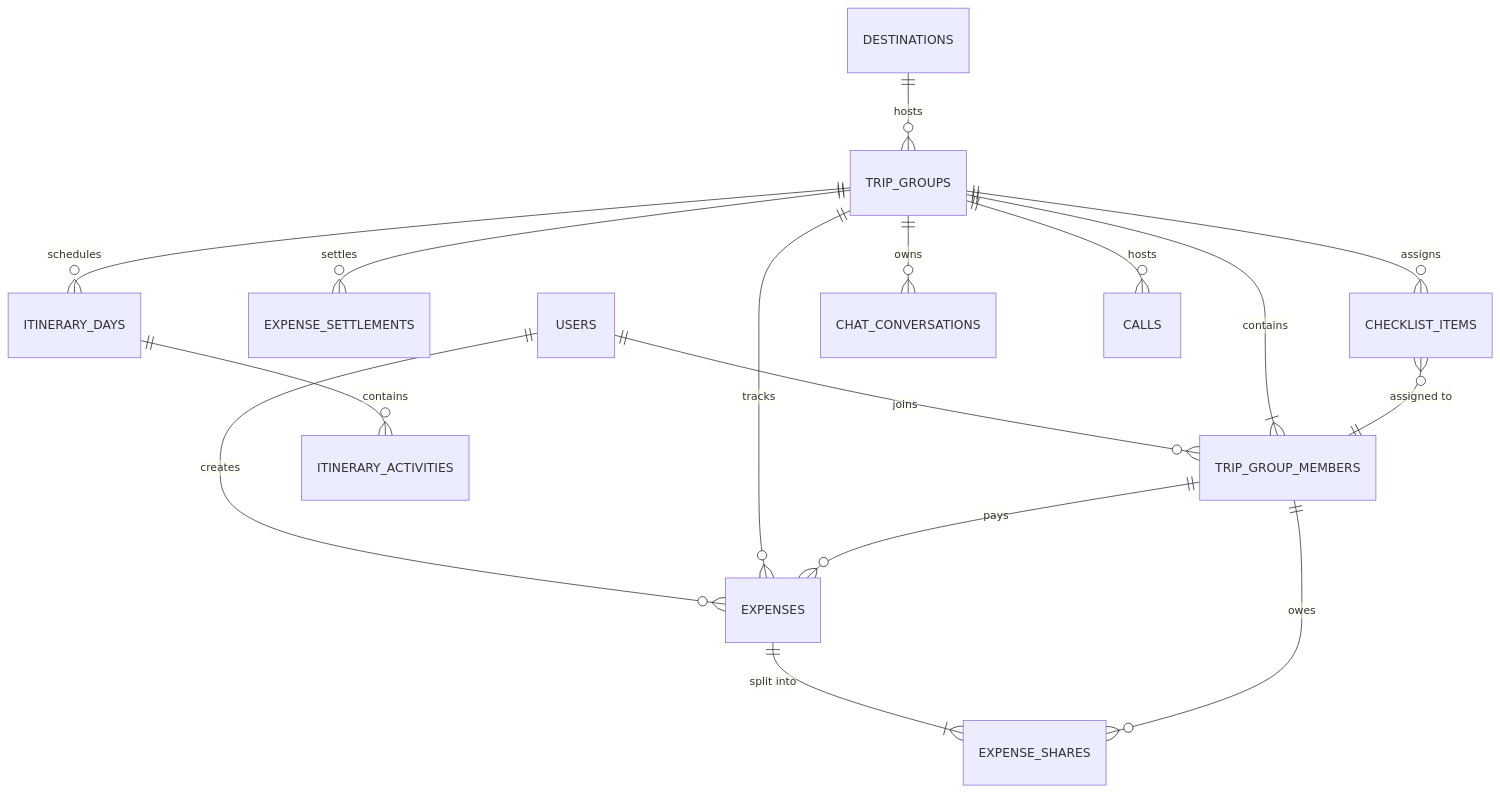
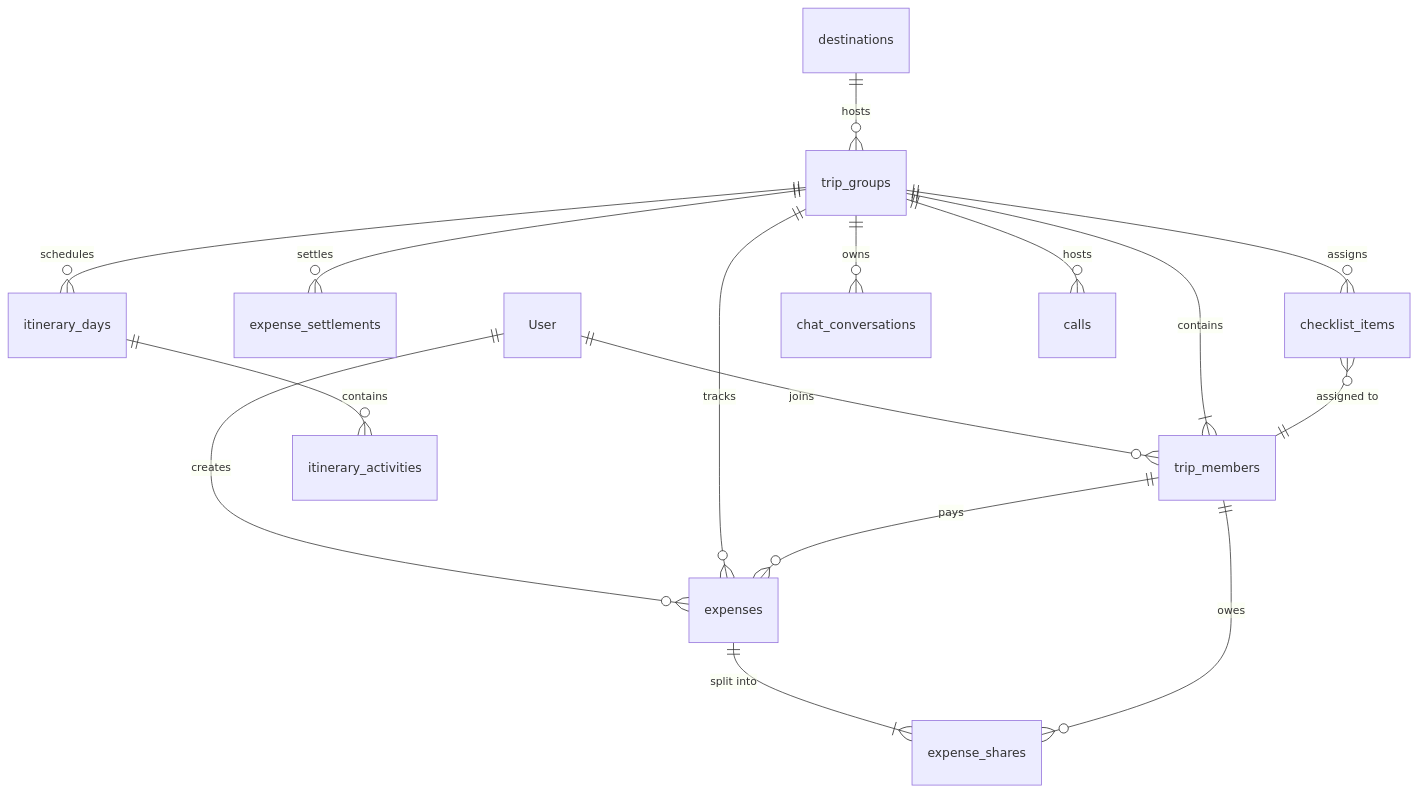
One commit to Nasif284/Kafla-server changed the fifth of 6 diagrams in README.md. Above: the diagram before and after it, drawn with Mermaid. The commit also changed other lines of this file, not shown here.

````diff
--- a/README.md
+++ b/README.md
@@ -231,21 +214,21 @@
 ```mermaid
 erDiagram
-    USERS ||--o{ TRIP_GROUP_MEMBERS : "joins"
-    USERS ||--o{ EXPENSES : "creates"
-    DESTINATIONS ||--o{ TRIP_GROUPS : "hosts"
+    User ||--o{ trip_members : "joins"
+    User ||--o{ expenses : "creates"
+    destinations ||--o{ trip_groups : "hosts"
     
-    TRIP_GROUPS ||--|{ TRIP_GROUP_MEMBERS : "contains"
-    TRIP_GROUPS ||--o{ EXPENSES : "tracks"
-    TRIP_GROUPS ||--o{ EXPENSE_SETTLEMENTS : "settles"
-    TRIP_GROUPS ||--o{ ITINERARY_DAYS : "schedules"
-    TRIP_GROUPS ||--o{ CHECKLIST_ITEMS : "assigns"
-    TRIP_GROUPS ||--o{ CHAT_CONVERSATIONS : "owns"
-    TRIP_GROUPS ||--o{ CALLS : "hosts"
+    trip_groups ||--|{ trip_members : "contains"
+    trip_groups ||--o{ expenses : "tracks"
+    trip_groups ||--o{ expense_settlements : "settles"
+    trip_groups ||--o{ itinerary_days : "schedules"
+    trip_groups ||--o{ checklist_items : "assigns"
+    trip_groups ||--o{ chat_conversations : "owns"
+    trip_groups ||--o{ calls : "hosts"
 
-    EXPENSES ||--|{ EXPENSE_SHARES : "split into"
-    TRIP_GROUP_MEMBERS ||--o{ EXPENSE_SHARES : "owes"
-    TRIP_GROUP_MEMBERS ||--o{ EXPENSES : "pays"
+    expenses ||--|{ expense_shares : "split into"
+    trip_members ||--o{ expense_shares : "owes"
+    trip_members ||--o{ expenses : "pays"
     
-    ITINERARY_DAYS ||--o{ ITINERARY_ACTIVITIES : "contains"
-    CHECKLIST_ITEMS }o--|| TRIP_GROUP_MEMBERS : "assigned to"
+    itinerary_days ||--o{ itinerary_activities : "contains"
+    checklist_items }o--|| trip_members : "assigned to"
 ```
````
